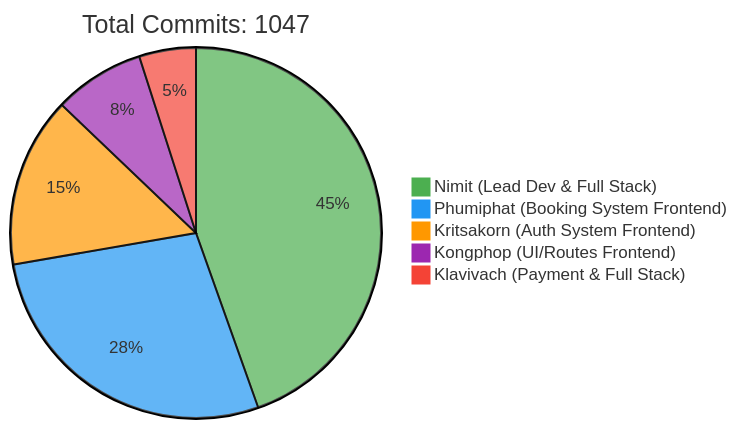
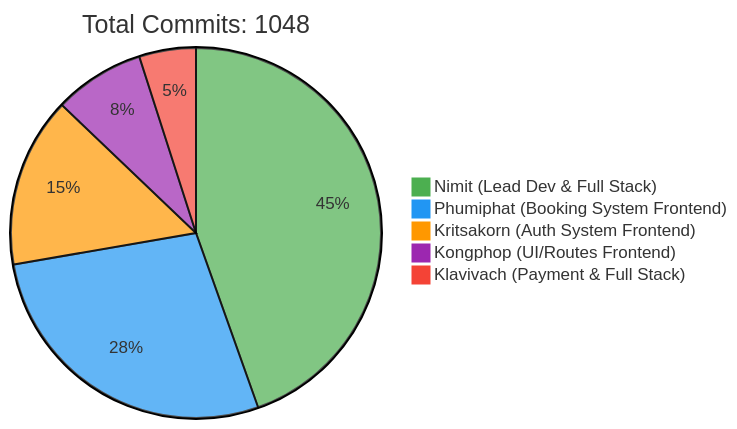
Before and after one commit to 6531503042/Sport-Complex: the first of 2 diagrams in README.md, drawn with Mermaid. The commit also changed other lines of this file, not shown here.

Commit message:
docs: Update contributor statistics [skip ci]

````diff
--- a/README.md
+++ b/README.md
@@ -240,10 +240,10 @@
 ```mermaid
 %%{init: {'theme': 'base', 'themeVariables': { 'pie1': '#4CAF50', 'pie2': '#2196F3', 'pie3': '#FF9800', 'pie4': '#9C27B0', 'pie5': '#F44336'}}}%%
 pie
-    title Total Commits: 1047
+    title Total Commits: 1048
     "Nimit (Lead Dev & Full Stack)" : 450
     "Phumiphat (Booking System Frontend)" : 280
     "Kritsakorn (Auth System Frontend)" : 150
     "Kongphop (UI/Routes Frontend)" : 80
     "Klavivach (Payment & Full Stack)" : 50
 ```
````
